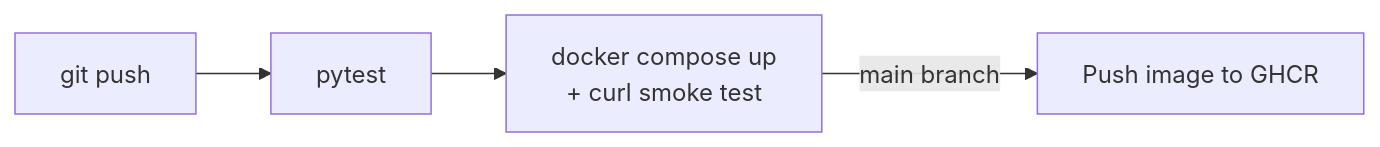
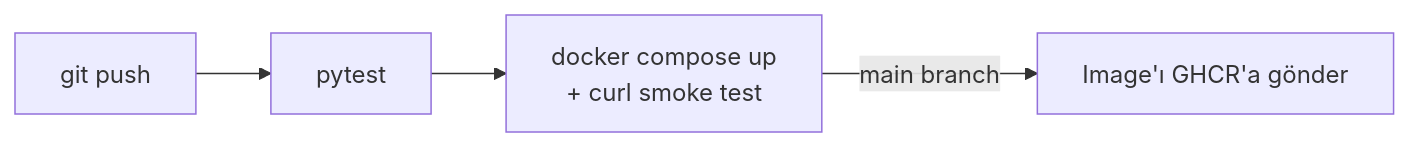
The second of 2 diagrams in README.md (emrullahtasci/task-api), drawn with Mermaid before and after one commit. The commit also changed other lines of this file, not shown here.

````diff
--- a/README.md
+++ b/README.md
@@ -19,6 +20,6 @@
 ```mermaid
 flowchart LR
     Push[git push] --> Test[pytest]
     Test --> Smoke[docker compose up<br/>+ curl smoke test]
-    Smoke -->|main branch| GHCR[Push image to GHCR]
+    Smoke -->|main branch| GHCR[Image'ı GHCR'a gönder]
 ```
````
